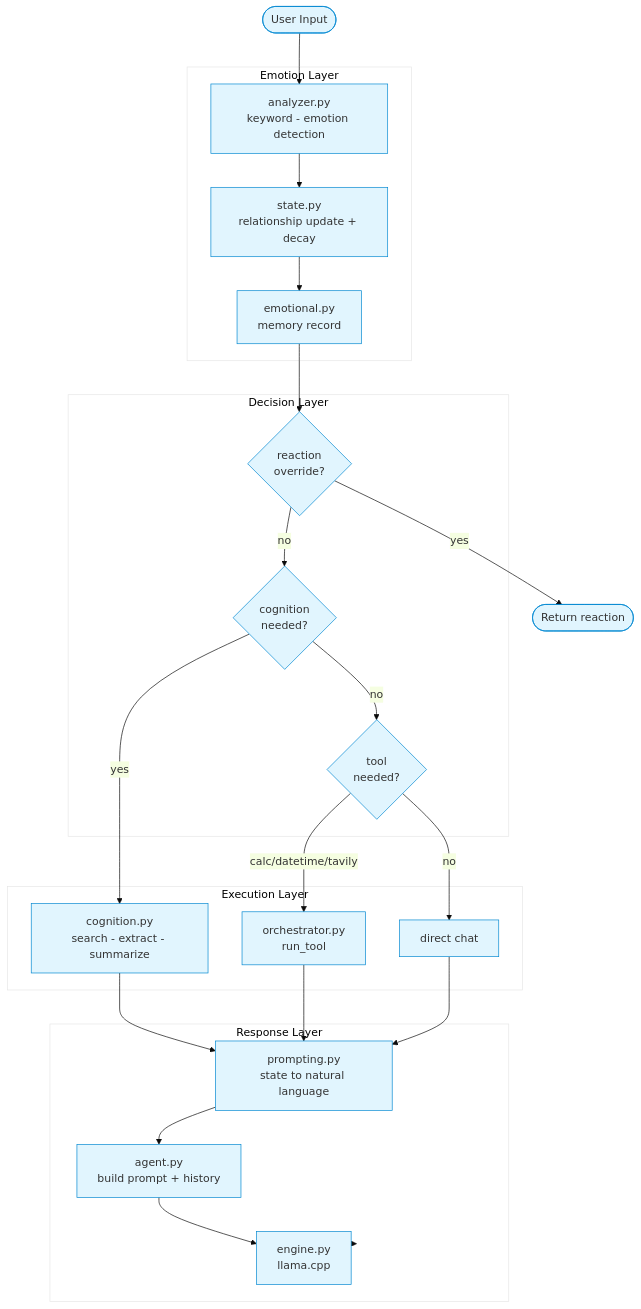
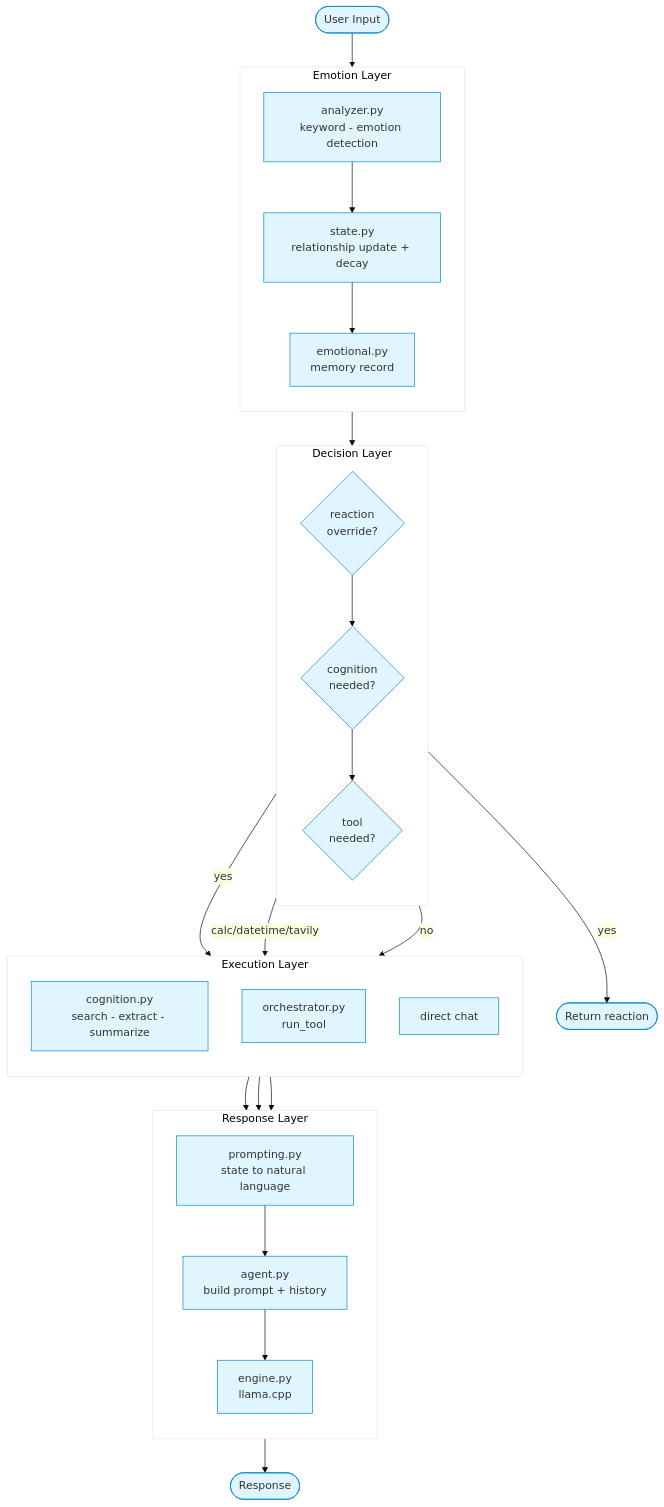
The diagram in README.md (suryardh/Veil-Core-Project), drawn with Mermaid before and after one commit.

Commit message:
docs: fix mermaid layout - unique ids, explicit subgraph direction

````diff
--- a/README.md
+++ b/README.md
@@ -103,50 +103,50 @@
 ```mermaid
 %%{init: {'theme': 'base', 'themeVariables': {'primaryColor': '#e1f5fe', 'primaryBorderColor': '#0288d1', 'tertiaryColor': '#fff'}}}%%
 flowchart TB
-    User([User Input])
+    Input([User Input])
 
-    subgraph Emotion["Emotion Layer"]
+    subgraph EMOTION["Emotion Layer"]
+        direction TB
         Analyzer[analyzer.py<br/>keyword - emotion detection]
         State[state.py<br/>relationship update + decay]
-        Emotional[emotional.py<br/>memory record]
+        EmoMem[emotional.py<br/>memory record]
+        Analyzer --> State --> EmoMem
     end
 
-    subgraph Decision["Decision Layer"]
+    subgraph DECIDE["Decision Layer"]
+        direction TB
         React{reaction<br/>override?}
         CogCheck{cognition<br/>needed?}
         ToolCheck{tool<br/>needed?}
+        React --> CogCheck --> ToolCheck
     end
 
-    subgraph Execution["Execution Layer"]
+    subgraph ROUTE["Execution Layer"]
+        direction TB
         Cognition[cognition.py<br/>search - extract - summarize]
         Tool[orchestrator.py<br/>run_tool]
         Direct[direct chat]
     end
 
-    subgraph Response["Response Layer"]
+    subgraph RENDER["Response Layer"]
+        direction TB
         Prompt[prompting.py<br/>state to natural language]
         Agent[agent.py<br/>build prompt + history]
         LLM[engine.py<br/>llama.cpp]
+        Prompt --> Agent --> LLM
     end
 
-    User --> Analyzer
-    Analyzer --> State
-    State --> Emotional
-    Emotional --> React
+    Input --> EMOTION
+    EMOTION --> React
 
-    React -->|yes| Return([Return reaction])
-    React -->|no| CogCheck
-
+    React -->|yes| Out([Return reaction])
     CogCheck -->|yes| Cognition
-    CogCheck -->|no| ToolCheck
     ToolCheck -->|calc/datetime/tavily| Tool
     ToolCheck -->|no| Direct
 
     Cognition --> Prompt
     Tool --> Prompt
     Direct --> Prompt
 
-    Prompt --> Agent
-    Agent --> LLM
-    LLM --> Response
+    LLM --> Out2([Response])
 ```
````
